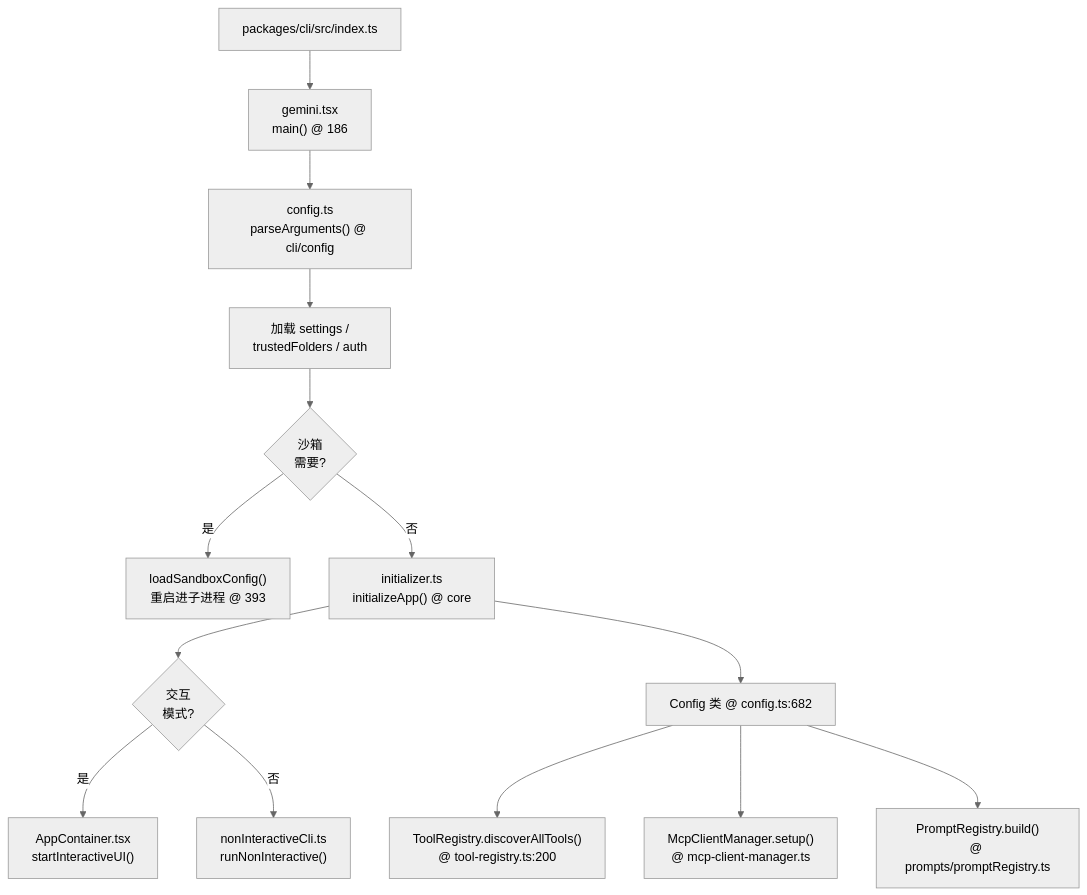
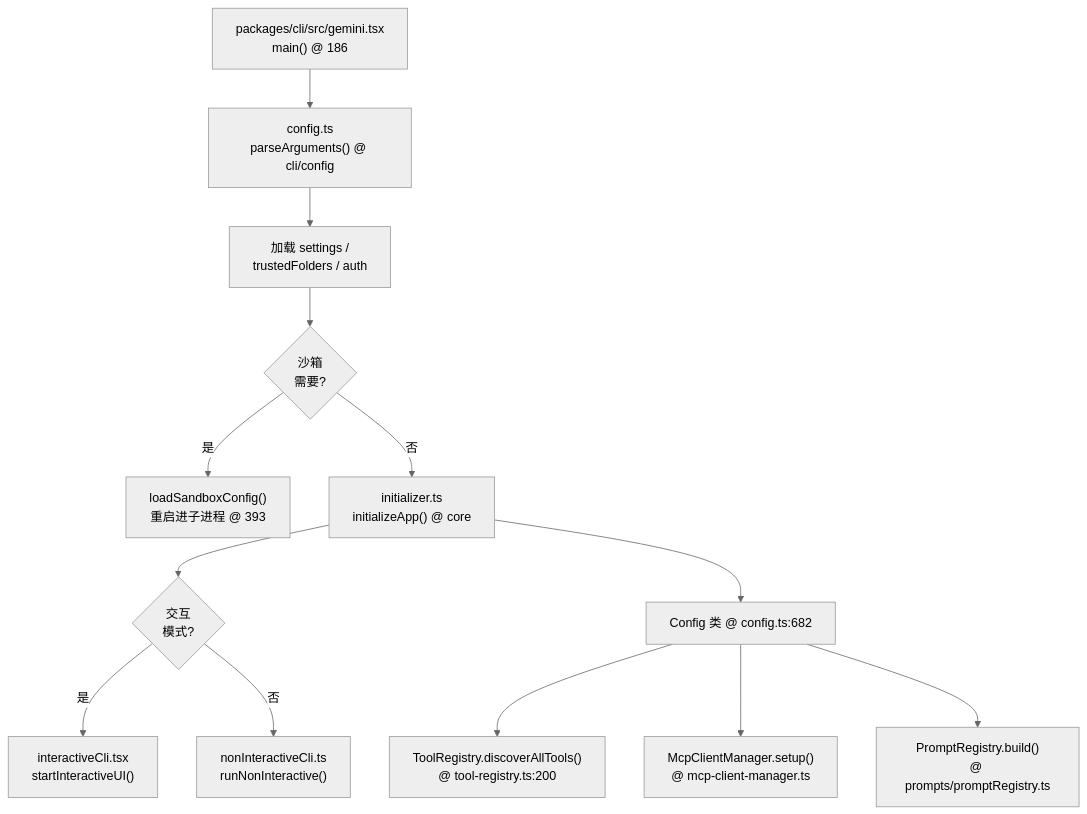
Before and after one commit to feuyeux/hello-olleh: the diagram in hello-gemini-cli/02-startup-flow.md, drawn with Mermaid. The commit also changed 53 other files, not shown here.

````diff
--- a/hello-gemini-cli/02-startup-flow.md
+++ b/hello-gemini-cli/02-startup-flow.md
@@ -11,18 +11,17 @@
 ```mermaid
 %%{init: {'theme': 'neutral'}}%%
 flowchart TD
-    Index["packages/cli/src/index.ts"] --> Main["gemini.tsx<br/>main() @ 186"]
-    Main --> Parse["config.ts<br/>parseArguments() @ cli/config"]
+    Main["packages/cli/src/gemini.tsx<br/>main() @ 186"] --> Parse["config.ts<br/>parseArguments() @ cli/config"]
     Parse --> Setup["加载 settings /<br/>trustedFolders / auth"]
     Setup --> Sandbox{沙箱<br/>需要?}
     Sandbox -->|是| StartSandbox["loadSandboxConfig()<br/>重启进子进程 @ 393"]
     Sandbox -->|否| InitCore["initializer.ts<br/>initializeApp() @ core"]
     InitCore --> Mode{交互<br/>模式?}
-    Mode -->|是| UI["AppContainer.tsx<br/>startInteractiveUI()"]
+    Mode -->|是| UI["interactiveCli.tsx<br/>startInteractiveUI()"]
     Mode -->|否| Headless["nonInteractiveCli.ts<br/>runNonInteractive()"]
 
     InitCore --> CFG["Config 类 @ config.ts:682"]
     CFG --> TOOL_INIT["ToolRegistry.discoverAllTools()<br/>@ tool-registry.ts:200"]
     CFG --> MCP_INIT["McpClientManager.setup()<br/>@ mcp-client-manager.ts"]
     CFG --> PROMPT_INIT["PromptRegistry.build()<br/>@ prompts/promptRegistry.ts"]
 ```
````
